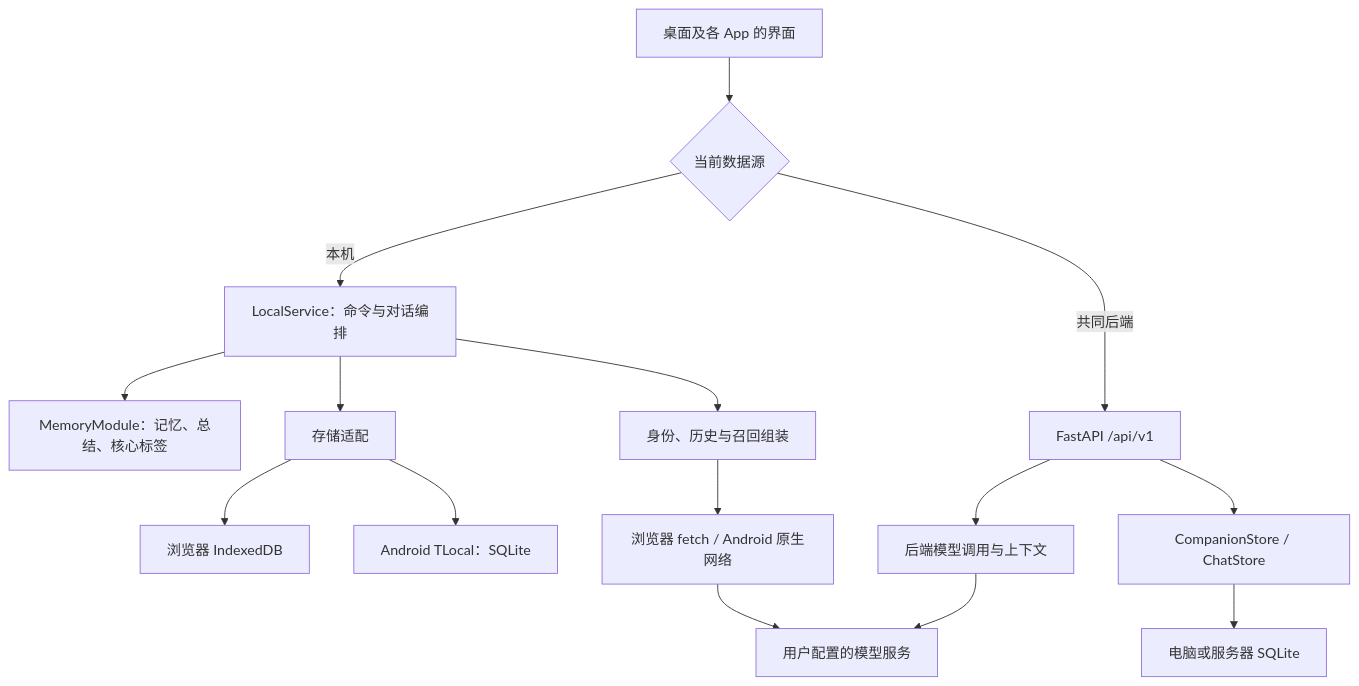
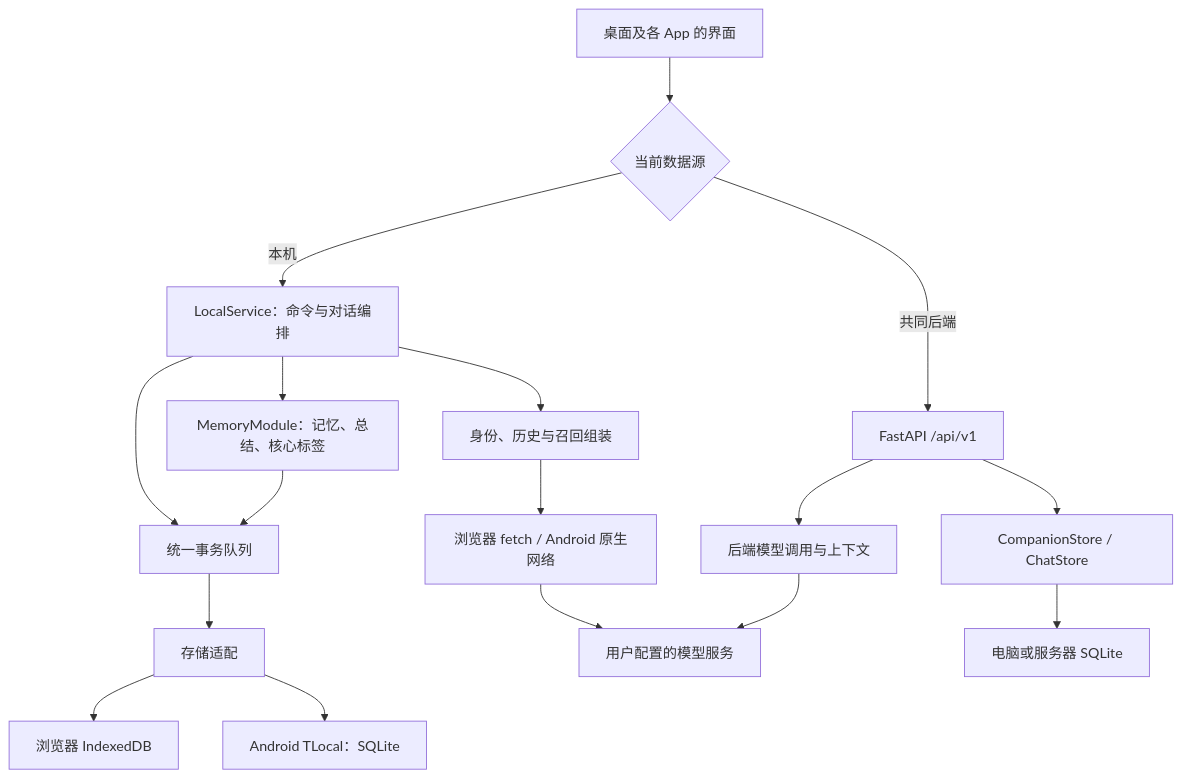
The diagram in docs/CURRENT_ARCHITECTURE.md (Jcin004/T-companion), drawn with Mermaid before and after one commit. The commit also changed other lines of this file and 11 other files, not shown here.

Commit message:
Fix atomic local document writes across chat, drafts and memory

````diff
--- a/docs/CURRENT_ARCHITECTURE.md
+++ b/docs/CURRENT_ARCHITECTURE.md
@@ -11,17 +11,19 @@
 ```mermaid
 flowchart TD
     UI[桌面及各 App 的界面] --> Mode{当前数据源}
     Mode -->|本机| Local[LocalService：命令与对话编排]
     Local --> Memory[MemoryModule：记忆、总结、核心标签]
     Local --> Context[身份、历史与召回组装]
-    Local --> Persistence[存储适配]
+    Local --> Transactions[统一事务队列]
+    Memory --> Transactions
+    Transactions --> Persistence[存储适配]
     Persistence --> Browser[浏览器 IndexedDB]
     Persistence --> Native[Android TLocal：SQLite]
     Context --> Transport[浏览器 fetch / Android 原生网络]
     Transport --> LLM[用户配置的模型服务]
     Mode -->|共同后端| HTTP[FastAPI /api/v1]
     HTTP --> Store[CompanionStore / ChatStore]
     HTTP --> ServerModel[后端模型调用与上下文]
     Store --> DB[电脑或服务器 SQLite]
     ServerModel --> LLM
 ```
````
